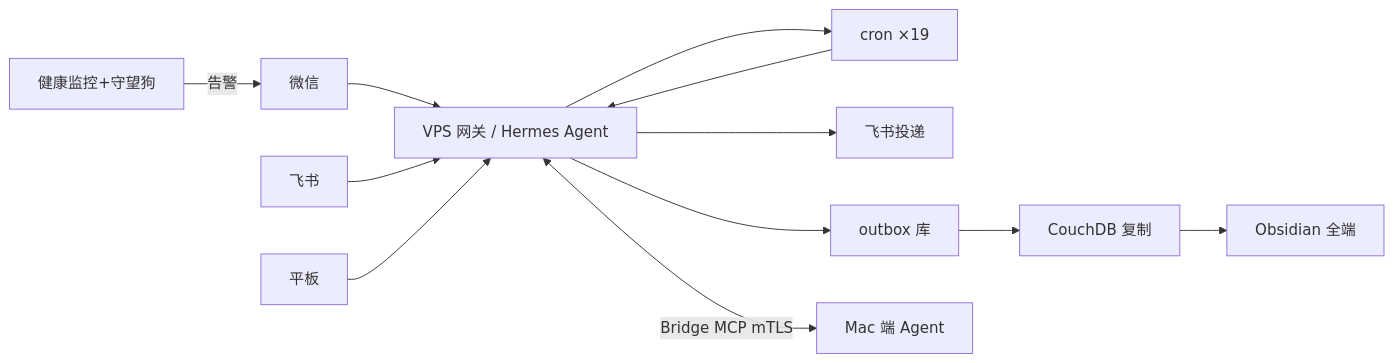
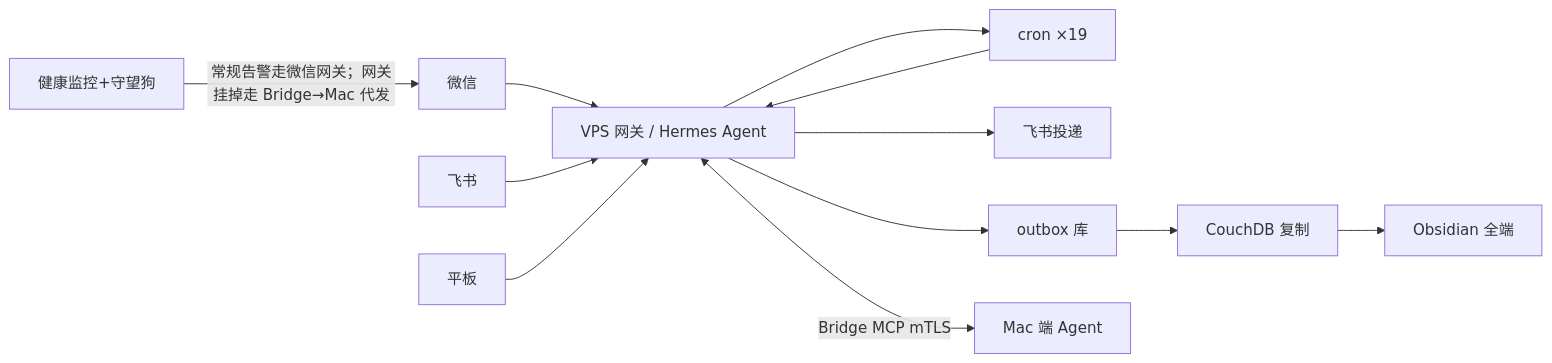
Before and after one commit to wangq32801-dev/assistant-os: the diagram in README.md, drawn with Mermaid. The commit also changed other lines of this file and 6 other files, not shown here.

````diff
--- a/README.md
+++ b/README.md
@@ -27,12 +29,12 @@
 ```mermaid
 flowchart LR
     WX[微信] --> GW
     FS[飞书] --> GW
     PAD[平板] --> GW
     GW[VPS 网关 / Hermes Agent] --> CRON[cron ×19]
     GW --> FSOUT[飞书投递]
     GW --> OBS[outbox 库] --> COUCH[CouchDB 复制] --> OBSEND[Obsidian 全端]
     CRON --> GW
     GW <-->|Bridge MCP mTLS| MAC[Mac 端 Agent]
-    MON[健康监控+守望狗] -->|告警| WX
+    MON[健康监控+守望狗] -->|常规告警走微信网关；网关挂掉走 Bridge→Mac 代发| WX
 ```
````
